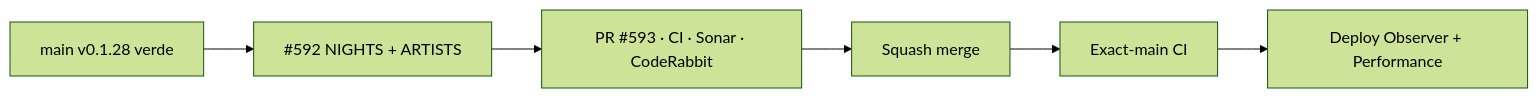
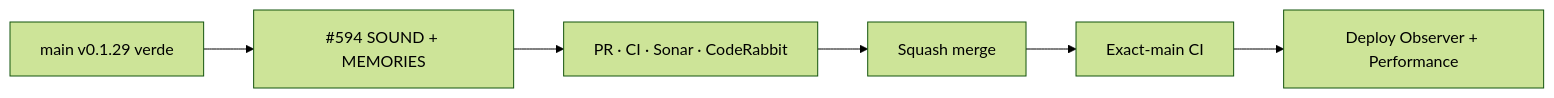
The diagram in README.md (pl0n3r/brvtal), drawn with Mermaid (forest theme) before and after one commit. The commit also changed other lines of this file and 14 other files, not shown here.

First line of the commit message:
design: authored Concept 05 Sound + Memories for desktop and mobile (v0.1.30) (#595)

````diff
--- a/README.md
+++ b/README.md
@@ -49,8 +48,8 @@
 ```mermaid
 flowchart LR
- B["main v0.1.28 verde"] --> N["#592 NIGHTS + ARTISTS"]
- N --> P["PR #593 · CI · Sonar · CodeRabbit"]
+ B["main v0.1.29 verde"] --> S["#594 SOUND + MEMORIES"]
+ S --> P["PR · CI · Sonar · CodeRabbit"]
  P --> M["Squash merge"]
  M --> X["Exact-main CI"]
  X --> D["Deploy Observer + Performance"]
 ```
````
